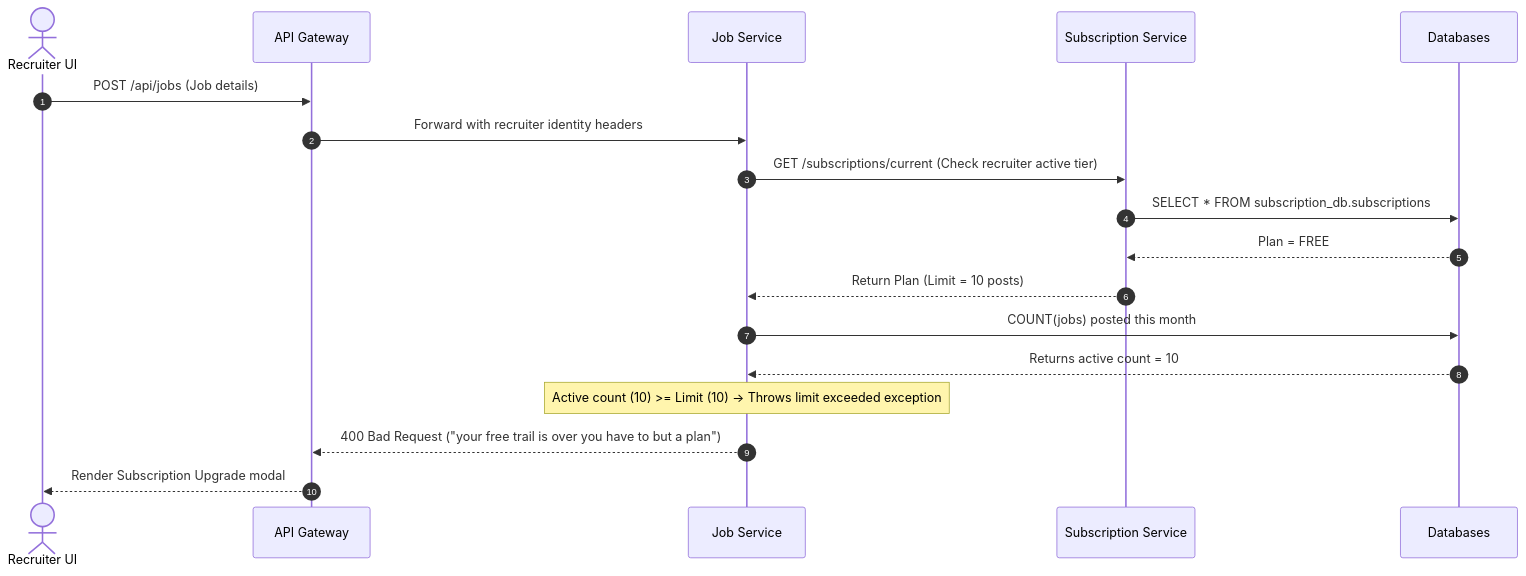
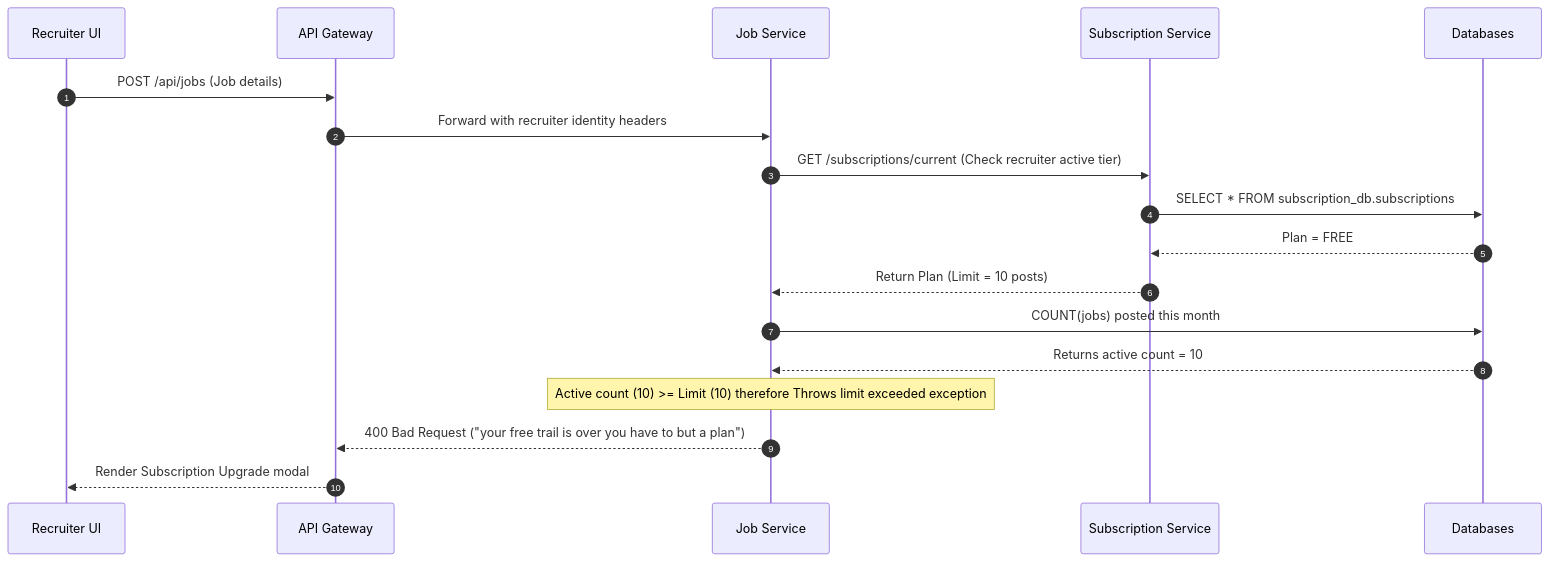
Before and after one commit to Priyanka33591/HireConnect-Job-Portal: diagram 20 of 22 in readme.md, drawn with Mermaid. The commit also changed other lines of this file, not shown here.

Commit message:
Refactor Mermaid diagrams for clarity and consistency

````diff
--- a/readme.md
+++ b/readme.md
@@ -1036,21 +1036,21 @@
 ```mermaid
 sequenceDiagram
     autonumber
-    actor Recruiter as Recruiter UI
+    participant Recruiter as Recruiter UI
     participant Gateway as API Gateway
     participant Job as Job Service
     participant Sub as Subscription Service
     participant DB as Databases
 
     Recruiter->>Gateway: POST /api/jobs (Job details)
     Gateway->>Job: Forward with recruiter identity headers
     Job->>Sub: GET /subscriptions/current (Check recruiter active tier)
     Sub->>DB: SELECT * FROM subscription_db.subscriptions
     DB-->>Sub: Plan = FREE
     Sub-->>Job: Return Plan (Limit = 10 posts)
     Job->>DB: COUNT(jobs) posted this month
     DB-->>Job: Returns active count = 10
-    Note over Job: Active count (10) >= Limit (10) -> Throws limit exceeded exception
+    Note over Job: Active count (10) >= Limit (10) therefore Throws limit exceeded exception
     Job-->>Gateway: 400 Bad Request ("your free trail is over you have to but a plan")
     Gateway-->>Recruiter: Render Subscription Upgrade modal
 ```
````
